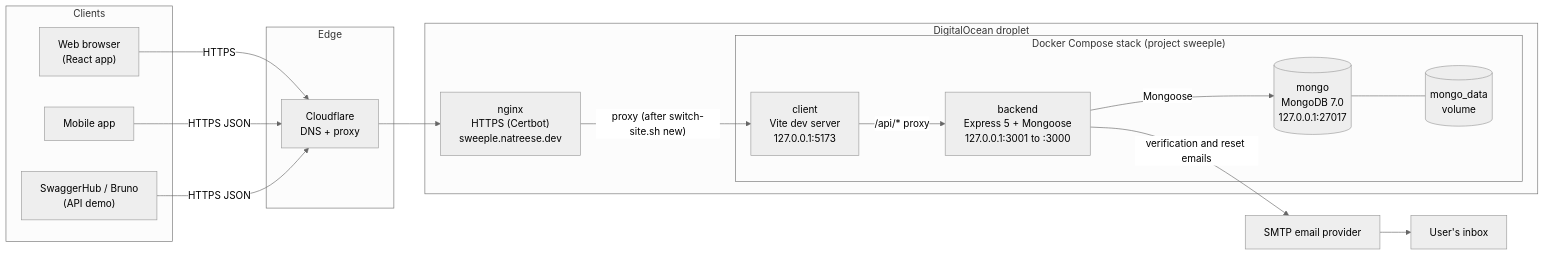
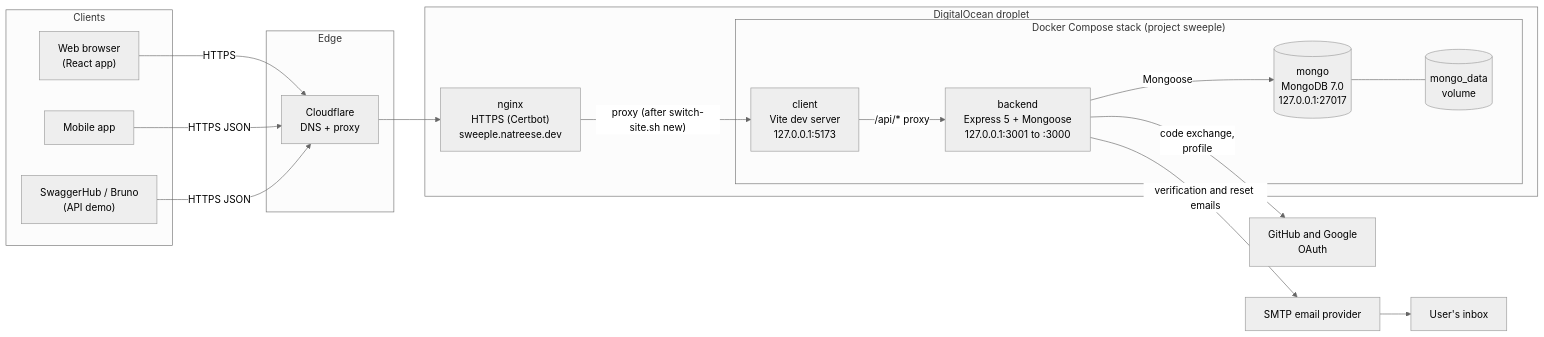
One commit to Skatboards/COP4331-MERN-Project changed the first of 4 diagrams in docs/system-design.md. Above: the diagram before and after it, drawn with Mermaid (neutral theme). The commit also changed other lines of this file and 13 other files, not shown here.

````diff
--- a/docs/system-design.md
+++ b/docs/system-design.md
@@ -9,36 +9,38 @@
 ```mermaid
 flowchart LR
     subgraph Clients
         browser["Web browser<br/>(React app)"]
         mobile["Mobile app"]
         swagger["SwaggerHub / Bruno<br/>(API demo)"]
     end
 
     subgraph Edge
         cf["Cloudflare<br/>DNS + proxy"]
     end
 
     subgraph Droplet["DigitalOcean droplet"]
         nginx["nginx<br/>HTTPS (Certbot)<br/>sweeple.natreese.dev"]
         subgraph Stack["Docker Compose stack (project sweeple)"]
             client["client<br/>Vite dev server<br/>127.0.0.1:5173"]
             backend["backend<br/>Express 5 + Mongoose<br/>127.0.0.1:3001 to :3000"]
             mongo[("mongo<br/>MongoDB 7.0<br/>127.0.0.1:27017")]
             vol[("mongo_data<br/>volume")]
         end
     end
 
     smtp["SMTP email provider"]
+    idp["GitHub and Google<br/>OAuth"]
     inbox["User's inbox"]
 
     browser -->|HTTPS| cf
     mobile -->|HTTPS JSON| cf
     swagger -->|HTTPS JSON| cf
     cf --> nginx
     nginx -->|"proxy (after switch-site.sh new)"| client
     client -->|"/api/* proxy"| backend
     backend -->|Mongoose| mongo
     mongo --- vol
     backend -->|"verification and reset emails"| smtp
     smtp --> inbox
+    backend -->|"code exchange,<br/>profile"| idp
 ```
````
